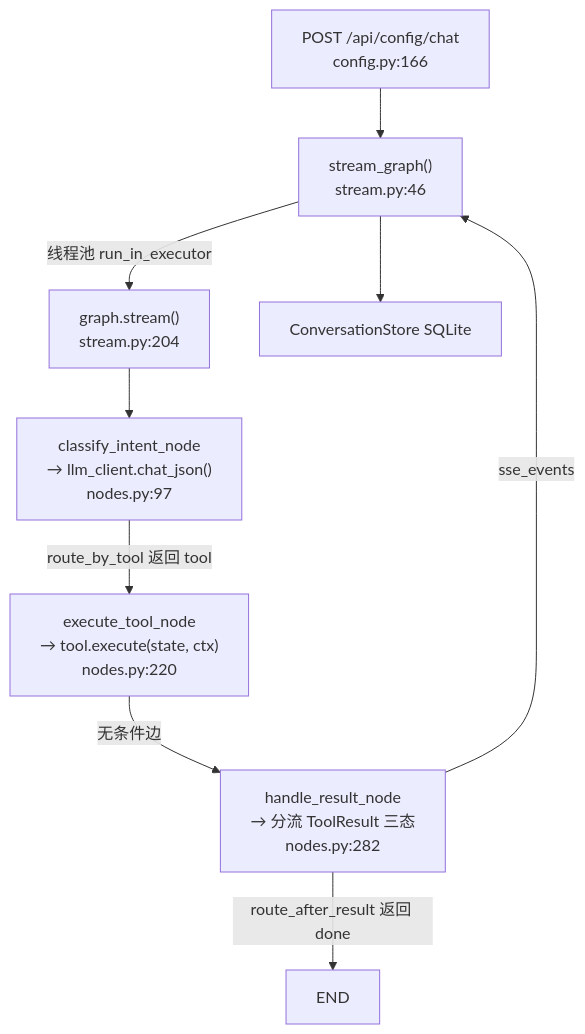
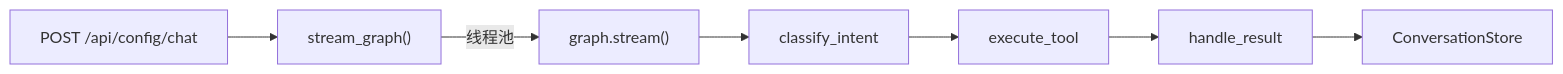
One commit to 996Code/llm-to-modeler changed diagram 11 of 27 in doc/系统架构与学习指南.md. Above: the diagram before and after it, drawn with Mermaid. The commit also changed other lines of this file, not shown here.

First line of the commit message:
docs: 深度解析 interrupt/resume 机制 + 拆分所有大图

````diff
--- a/doc/系统架构与学习指南.md
+++ b/doc/系统架构与学习指南.md
@@ -256,11 +250,9 @@
 ```mermaid
-flowchart TD
-    Chat["POST /api/config/chat<br/>config.py:166"] --> StreamGraph
-    StreamGraph["stream_graph()<br/>stream.py:46"] -->|"线程池 run_in_executor"| RunGraph["graph.stream()<br/>stream.py:204"]
-    RunGraph --> Classify["classify_intent_node<br/>→ llm_client.chat_json()<br/>nodes.py:97"]
-    Classify -->|"route_by_tool 返回 tool"| Execute["execute_tool_node<br/>→ tool.execute(state, ctx)<br/>nodes.py:220"]
-    Execute -->|"无条件边"| Handle["handle_result_node<br/>→ 分流 ToolResult 三态<br/>nodes.py:282"]
-    Handle -->|"route_after_result 返回 done"| EndNode["END"]
-    Handle -->|"sse_events"| StreamGraph
-    StreamGraph --> Store["ConversationStore SQLite"]
+flowchart LR
+    Chat["POST /api/config/chat"] --> StreamGraph["stream_graph()"]
+    StreamGraph -->|"线程池"| RunGraph["graph.stream()"]
+    RunGraph --> Classify["classify_intent"]
+    Classify --> Execute["execute_tool"]
+    Execute --> Handle["handle_result"]
+    Handle --> Store["ConversationStore"]
 ```
````
